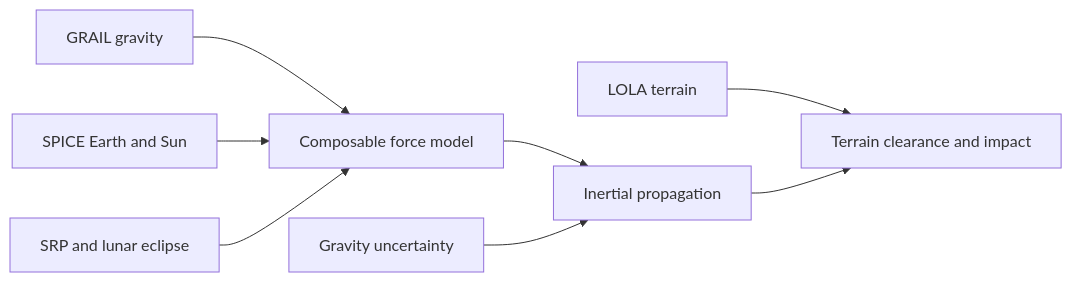
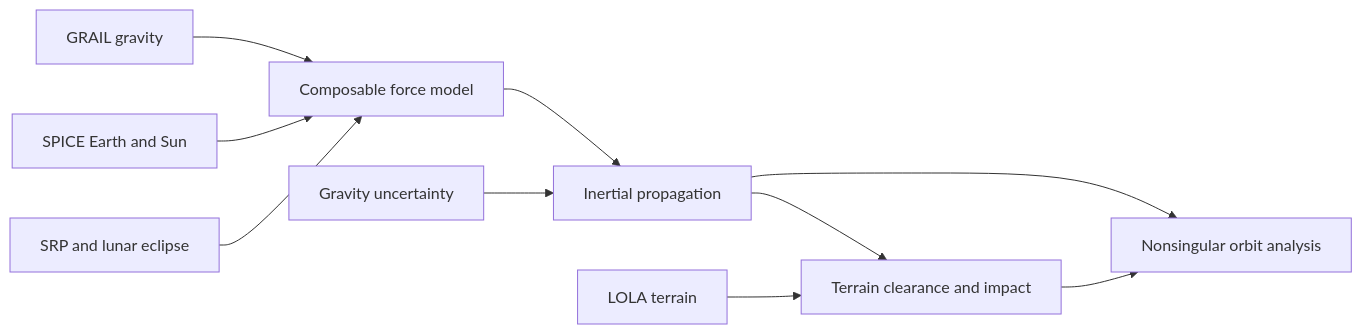
One commit to sylvesterkaczmarek/lunar-astrodynamics-simulation changed the diagram in README.md. Above: the diagram before and after it, drawn with Mermaid. The commit also changed other lines of this file and 9 other files, not shown here.

First line of the commit message:
Add nonsingular orbital mathematics and stability analysis

````diff
--- a/README.md
+++ b/README.md
@@ -15,10 +15,12 @@
 ```mermaid
 flowchart LR
     G[GRAIL gravity] --> F[Composable force model]
     E[SPICE Earth and Sun] --> F
     S[SRP and lunar eclipse] --> F
     F --> P[Inertial propagation]
     U[Gravity uncertainty] --> P
+    P --> A[Nonsingular orbit analysis]
     L[LOLA terrain] --> C[Terrain clearance and impact]
     P --> C
+    C --> A
 ```
````
